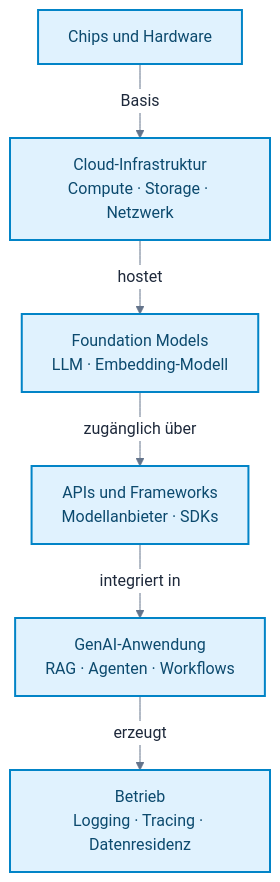
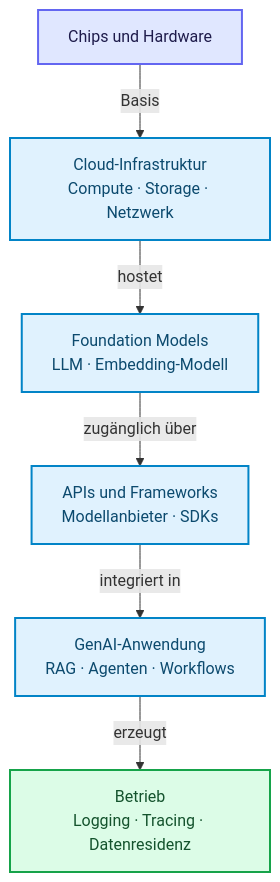
Before and after one commit to ralf-42/GenAI: the first of 2 diagrams in docs/12-regulatorik-verantwortung/digitale-souveraenitaet.md, drawn with Mermaid. The commit also changed other lines of this file and 50 other files, not shown here.

````diff
--- a/docs/12-regulatorik-verantwortung/digitale-souveraenitaet.md
+++ b/docs/12-regulatorik-verantwortung/digitale-souveraenitaet.md
@@ -34,35 +34,24 @@
 ```mermaid
----
-config:
-  theme: base
-  look: classic
-  themeVariables:
-    primaryColor: '#e0f2fe'
-    primaryBorderColor: '#0284c7'
-    primaryTextColor: '#1e293b'
-    lineColor: '#64748b'
-    clusterBkg: '#f8fafc'
-    clusterBorder: '#cbd5e1'
-    noteBkgColor: '#fef3c7'
-    noteBorderColor: '#d97706'
-    noteTextColor: '#78350f'
-    edgeLabelBackground: '#ffffff'
----
-
 graph TD
     HW["Chips und Hardware"]
     DC["Cloud-Infrastruktur<br/>Compute · Storage · Netzwerk"]
     MOD["Foundation Models<br/>LLM · Embedding-Modell"]
     INT["APIs und Frameworks<br/>Modellanbieter · SDKs"]
     APP["GenAI-Anwendung<br/>RAG · Agenten · Workflows"]
     OPS["Betrieb<br/>Logging · Tracing · Datenresidenz"]
 
     HW -->|"Basis"| DC
     DC -->|"hostet"| MOD
     MOD -->|"zugänglich über"| INT
     INT -->|"integriert in"| APP
     APP -->|"erzeugt"| OPS
 
 %% Funktionsfarben nach Mermaid_Best_Practices.md
-classDef default fill:#e0f2fe,stroke:#0284c7,stroke-width:2px,color:#0c4a6e;
+
+    classDef default fill:#e0f2fe,stroke:#0284c7,stroke-width:2px,color:#0c4a6e;
+    classDef input fill:#e0e7ff,stroke:#6366f1,stroke-width:2px,color:#1e1b4b;
+    classDef output fill:#dcfce7,stroke:#16a34a,stroke-width:2px,color:#14532d;
+
+    class HW input;
+    class OPS output;
 ```
````
